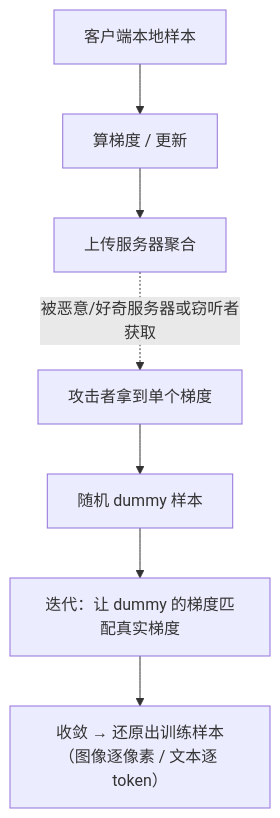
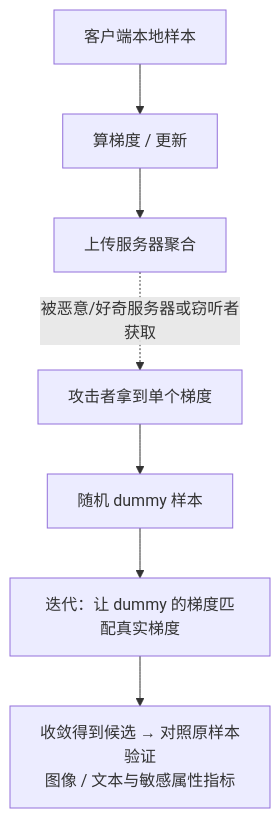
Before and after one commit to XuebinMa/AIWiki: the diagram in privacy/05-frontier-deployment/gradient-leakage.mdx, drawn with Mermaid. The commit also changed other lines of this file and 325 other files, not shown here.

````diff
--- a/privacy/05-frontier-deployment/gradient-leakage.mdx
+++ b/privacy/05-frontier-deployment/gradient-leakage.mdx
@@ -36,9 +39,9 @@
 ```mermaid
 flowchart TB
     S["客户端本地样本"] --> G["算梯度 / 更新"]
     G --> U["上传服务器聚合"]
     U -.被恶意/好奇服务器或窃听者获取.-> ATK
     ATK["攻击者拿到单个梯度"] --> D["随机 dummy 样本"]
     D --> O["迭代：让 dummy 的梯度匹配真实梯度"]
-    O --> R["收敛 → 还原出训练样本<br/>（图像逐像素 / 文本逐 token）"]
+    O --> R["收敛得到候选 → 对照原样本验证<br/>图像 / 文本与敏感属性指标"]
 ```
````
